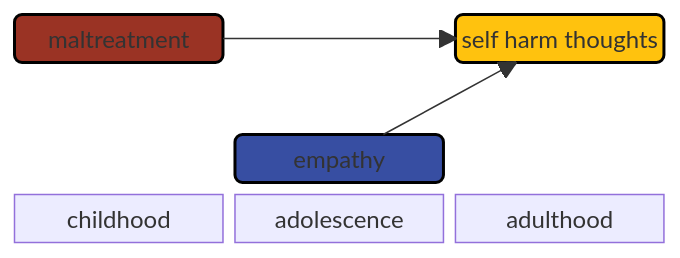
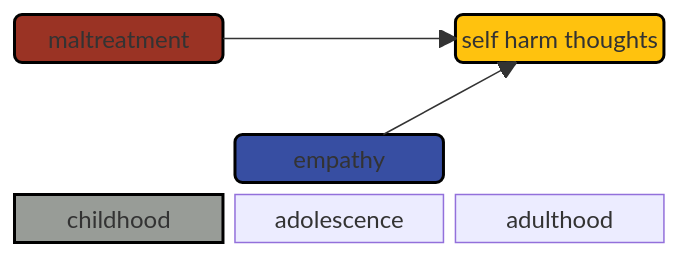
Before and after one commit to agrogan1/closeread: the diagram in empathy/README.md, drawn with Mermaid.

````diff
--- a/empathy/README.md
+++ b/empathy/README.md
@@ -12,19 +12,21 @@
 ```mermaid
 block
   columns 3
   m space sh
   space space space
   space e space
   childhood adolescence adulthood
 
   m("maltreatment") --> sh("self harm thoughts")
 
   e("empathy") --> sh
 
   style m fill:#9A3324,stroke:#000000,stroke-width:2px,color:#FFFFFF;
 
   style e fill:#374EA2,stroke:#000000,stroke-width:2px,color:#FFFFFF;
 
   style sh fill:#FFC20E,stroke:#000000,stroke-width:2px,color:#000000;
 
+  style childhood fill:#989C97,stroke:#000000,stroke-width:2px,color:#000000;
+
 ```
````
